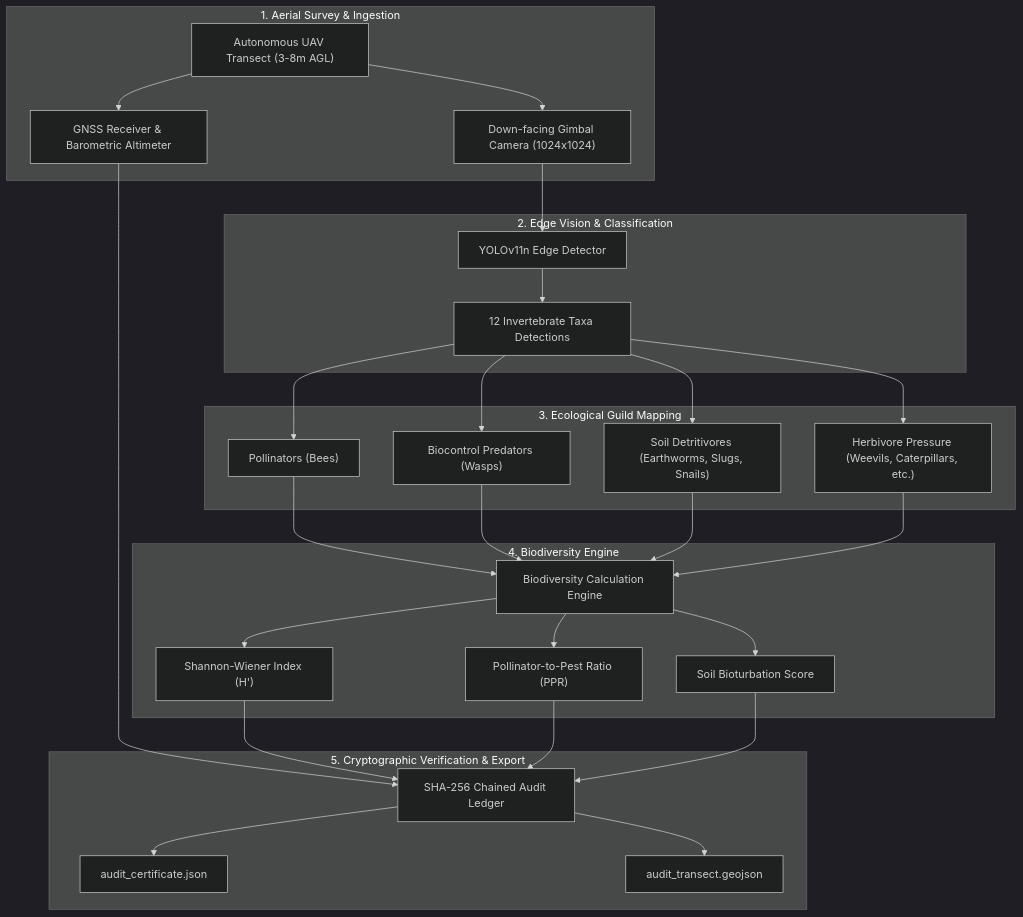
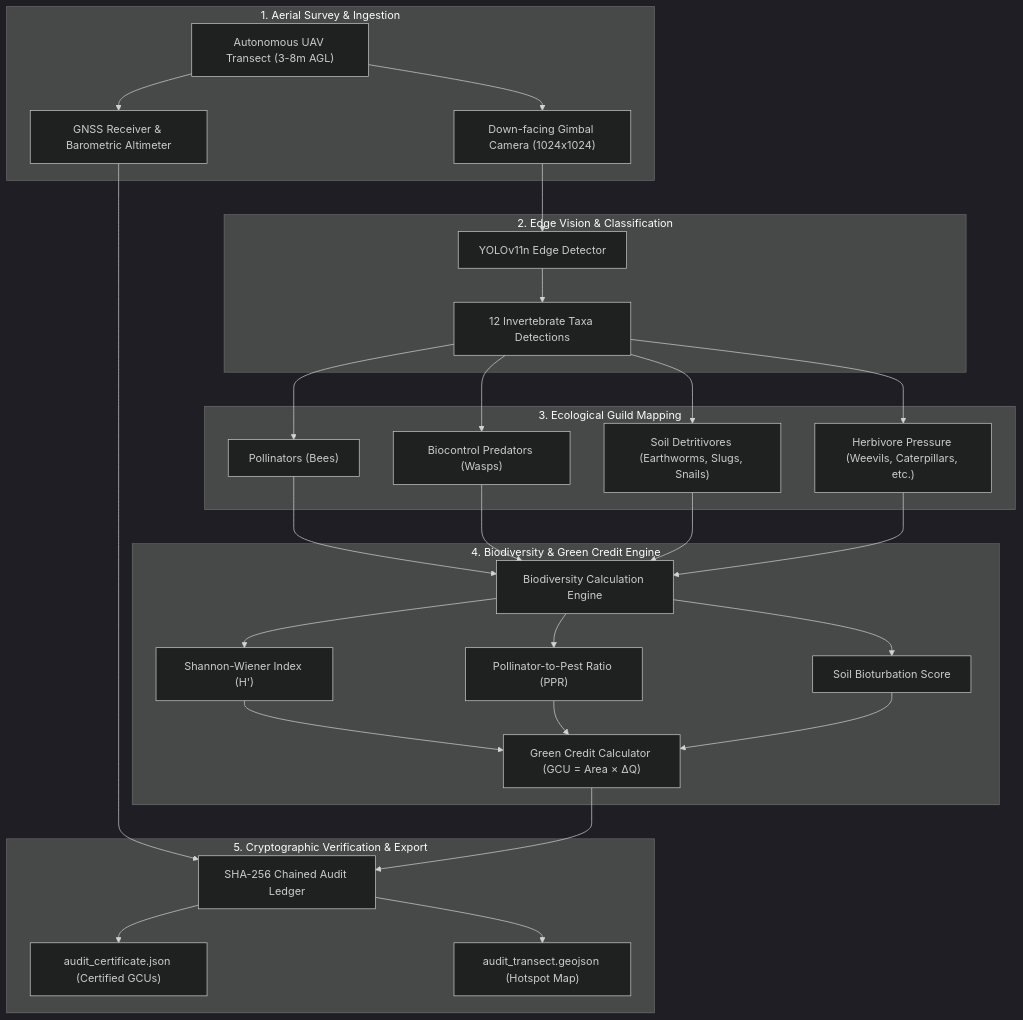
The diagram in README.md (ashcodes28/FALCON), drawn with Mermaid (dark theme) before and after one commit. The commit also changed other lines of this file and 4 other files, not shown here.

Commit message:
Implement standardized Green Credit Unit (GCU) calculation and accreditation tiers

````diff
--- a/README.md
+++ b/README.md
@@ -11,35 +11,36 @@
 ```mermaid
 flowchart TD
     subgraph SENSING["1. Aerial Survey & Ingestion"]
         UAV["Autonomous UAV Transect (3-8m AGL)"]
         CAM["Down-facing Gimbal Camera (1024x1024)"]
         GNSS["GNSS Receiver & Barometric Altimeter"]
         UAV --> CAM
         UAV --> GNSS
     end
 
     subgraph INFERENCE["2. Edge Vision & Classification"]
         CAM --> YOLO["YOLOv11n Edge Detector"]
         YOLO --> DETS["12 Invertebrate Taxa Detections"]
     end
 
     subgraph GUILDS["3. Ecological Guild Mapping"]
         DETS --> G1["Pollinators (Bees)"]
         DETS --> G2["Biocontrol Predators (Wasps)"]
         DETS --> G3["Soil Detritivores (Earthworms, Slugs, Snails)"]
         DETS --> G4["Herbivore Pressure (Weevils, Caterpillars, etc.)"]
     end
 
-    subgraph ENGINE["4. Biodiversity Engine"]
+    subgraph ENGINE["4. Biodiversity & Green Credit Engine"]
         G1 & G2 & G3 & G4 --> CALC["Biodiversity Calculation Engine"]
         CALC --> M1["Shannon-Wiener Index (H')"]
         CALC --> M2["Pollinator-to-Pest Ratio (PPR)"]
         CALC --> M3["Soil Bioturbation Score"]
+        M1 & M2 & M3 --> GCU["Green Credit Calculator (GCU = Area × ΔQ)"]
     end
 
     subgraph LEDGER["5. Cryptographic Verification & Export"]
-        GNSS & M1 & M2 & M3 --> BLOCK["SHA-256 Chained Audit Ledger"]
-        BLOCK --> CERT["audit_certificate.json"]
-        BLOCK --> GEO["audit_transect.geojson"]
+        GNSS & GCU --> BLOCK["SHA-256 Chained Audit Ledger"]
+        BLOCK --> CERT["audit_certificate.json (Certified GCUs)"]
+        BLOCK --> GEO["audit_transect.geojson (Hotspot Map)"]
     end
 ```
````
